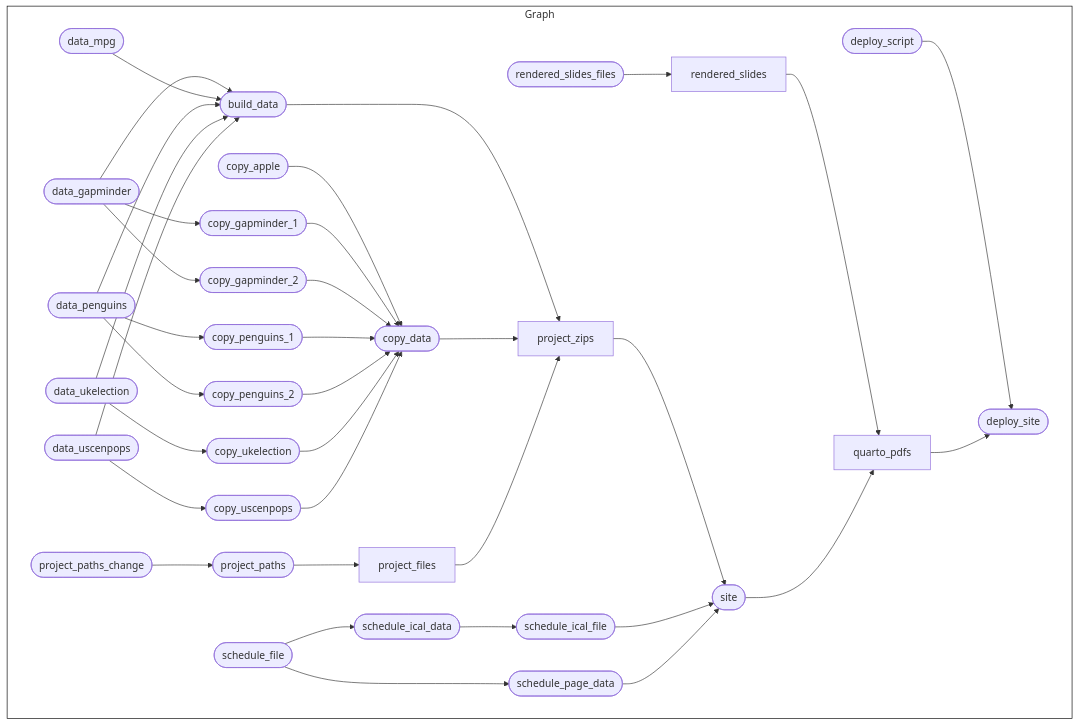
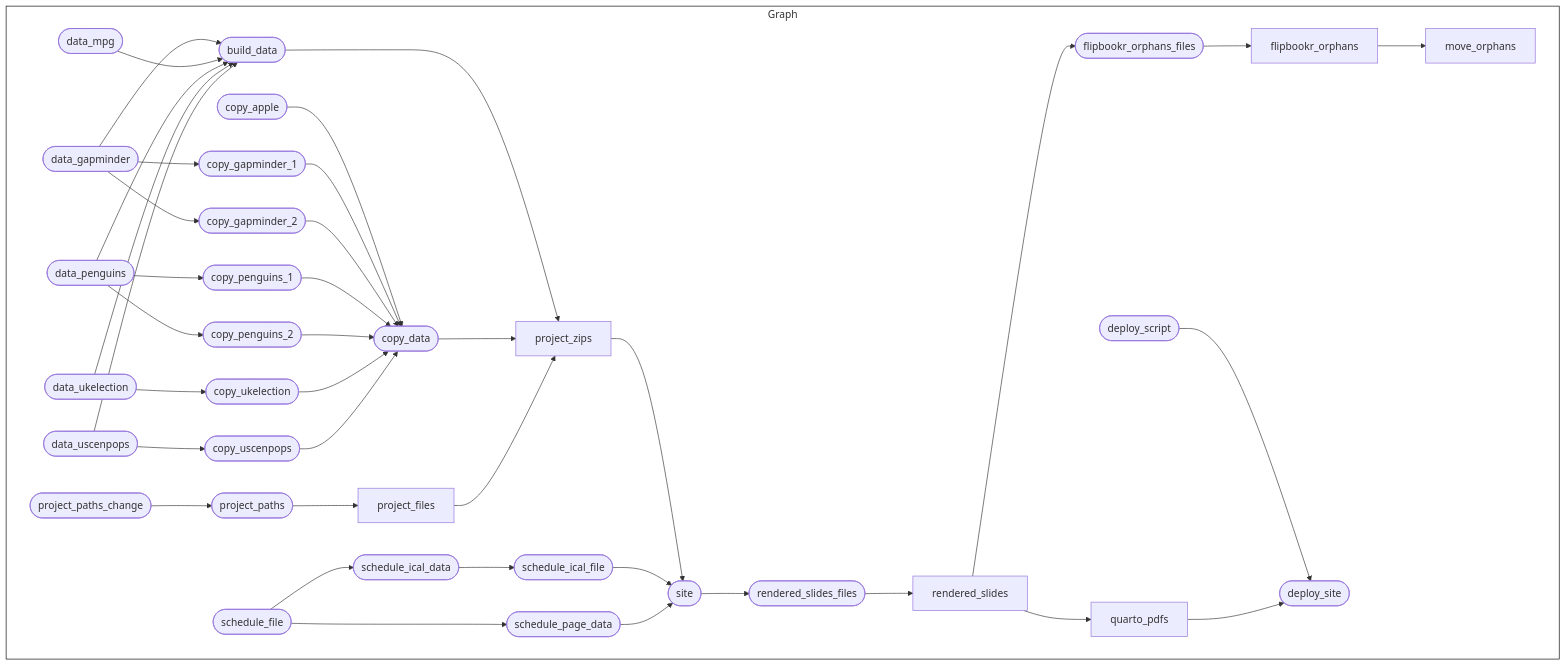
Before and after one commit to kjhealy/vsd: the diagram in README.md, drawn with Mermaid.

````diff
--- a/README.md
+++ b/README.md
@@ -26,41 +26,44 @@
 ``` mermaid
 graph LR
   style Graph fill:#FFFFFF00,stroke:#000000;
   subgraph Graph
     direction LR
-    x2eefacb16aa347d9(["data_ukelection"]):::skipped --> x9cc68041722e9d3c(["copy_ukelection"]):::skipped
-    x9c20b8c56debbe9a(["deploy_script"]):::skipped --> x78f3e0b711425f1c(["deploy_site"]):::skipped
-    x6e713768fe05f8d1["quarto_pdfs"]:::built --> x78f3e0b711425f1c(["deploy_site"]):::skipped
+    xa3d8306cecf136f4(["data_penguins"]):::skipped --> xda4c206f717d9055(["copy_penguins_2"]):::skipped
     x8288901d8e9e8d55(["data_gapminder"]):::skipped --> xa4a8dd78d5a40779(["copy_gapminder_1"]):::skipped
+    x8288901d8e9e8d55(["data_gapminder"]):::skipped --> xd72dc1eb9f3c29fa(["copy_gapminder_2"]):::skipped
+    xb941f25d1f6cbb8b(["flipbookr_orphans_files"]):::built --> x166c32f35f62fc2a["flipbookr_orphans"]:::skipped
+    x7aa56383a054e8ba(["site"]):::built --> x0d47bc58bf5ef066(["rendered_slides_files"]):::built
     xb453b5ae08dcaee7(["build_data"]):::skipped --> x1917c787a0a4a0fd["project_zips"]:::skipped
     x41092a7251862a9e(["copy_data"]):::skipped --> x1917c787a0a4a0fd["project_zips"]:::skipped
     x7a8b235bff1bfb75["project_files"]:::skipped --> x1917c787a0a4a0fd["project_zips"]:::skipped
-    x8288901d8e9e8d55(["data_gapminder"]):::skipped --> xd72dc1eb9f3c29fa(["copy_gapminder_2"]):::skipped
-    x0d47bc58bf5ef066(["rendered_slides_files"]):::built --> xf88b542822cde7c4["rendered_slides"]:::skipped
-    x1917c787a0a4a0fd["project_zips"]:::skipped --> x7aa56383a054e8ba(["site"]):::built
-    x4d31f5a49d5ae49f(["schedule_ical_file"]):::skipped --> x7aa56383a054e8ba(["site"]):::built
-    x063edd335cc1b36f(["schedule_page_data"]):::skipped --> x7aa56383a054e8ba(["site"]):::built
-    x35552a73efe9c59f(["schedule_ical_data"]):::skipped --> x4d31f5a49d5ae49f(["schedule_ical_file"]):::skipped
-    xdf832f8e1f99baf2(["schedule_file"]):::skipped --> x063edd335cc1b36f(["schedule_page_data"]):::skipped
-    x8288901d8e9e8d55(["data_gapminder"]):::skipped --> xb453b5ae08dcaee7(["build_data"]):::skipped
-    x182180f03bcfc8dc(["data_mpg"]):::skipped --> xb453b5ae08dcaee7(["build_data"]):::skipped
-    xa3d8306cecf136f4(["data_penguins"]):::skipped --> xb453b5ae08dcaee7(["build_data"]):::skipped
-    x2eefacb16aa347d9(["data_ukelection"]):::skipped --> xb453b5ae08dcaee7(["build_data"]):::skipped
-    xeaf4f7bf10c16d9f(["data_uscenpops"]):::skipped --> xb453b5ae08dcaee7(["build_data"]):::skipped
-    xb4844be3dca7f02b(["project_paths"]):::built --> x7a8b235bff1bfb75["project_files"]:::skipped
+    x2eefacb16aa347d9(["data_ukelection"]):::skipped --> x9cc68041722e9d3c(["copy_ukelection"]):::skipped
+    xf88b542822cde7c4["rendered_slides"]:::skipped --> x6e713768fe05f8d1["quarto_pdfs"]:::built
+    xdf832f8e1f99baf2(["schedule_file"]):::skipped --> x35552a73efe9c59f(["schedule_ical_data"]):::skipped
+    xeaf4f7bf10c16d9f(["data_uscenpops"]):::skipped --> xd8c4ca61f745e89a(["copy_uscenpops"]):::skipped
+    x9c20b8c56debbe9a(["deploy_script"]):::skipped --> x78f3e0b711425f1c(["deploy_site"]):::built
+    x6e713768fe05f8d1["quarto_pdfs"]:::built --> x78f3e0b711425f1c(["deploy_site"]):::built
+    x166c32f35f62fc2a["flipbookr_orphans"]:::skipped --> x288604413713fa92["move_orphans"]:::built
     x8f8d91dfd2b7ce09(["copy_apple"]):::skipped --> x41092a7251862a9e(["copy_data"]):::skipped
     xa4a8dd78d5a40779(["copy_gapminder_1"]):::skipped --> x41092a7251862a9e(["copy_data"]):::skipped
     xd72dc1eb9f3c29fa(["copy_gapminder_2"]):::skipped --> x41092a7251862a9e(["copy_data"]):::skipped
     xd7b98308373143d5(["copy_penguins_1"]):::skipped --> x41092a7251862a9e(["copy_data"]):::skipped
     xda4c206f717d9055(["copy_penguins_2"]):::skipped --> x41092a7251862a9e(["copy_data"]):::skipped
     x9cc68041722e9d3c(["copy_ukelection"]):::skipped --> x41092a7251862a9e(["copy_data"]):::skipped
     xd8c4ca61f745e89a(["copy_uscenpops"]):::skipped --> x41092a7251862a9e(["copy_data"]):::skipped
+    x0d47bc58bf5ef066(["rendered_slides_files"]):::built --> xf88b542822cde7c4["rendered_slides"]:::skipped
+    xb4844be3dca7f02b(["project_paths"]):::built --> x7a8b235bff1bfb75["project_files"]:::skipped
+    xdf832f8e1f99baf2(["schedule_file"]):::skipped --> x063edd335cc1b36f(["schedule_page_data"]):::skipped
+    x1917c787a0a4a0fd["project_zips"]:::skipped --> x7aa56383a054e8ba(["site"]):::built
+    x4d31f5a49d5ae49f(["schedule_ical_file"]):::skipped --> x7aa56383a054e8ba(["site"]):::built
+    x063edd335cc1b36f(["schedule_page_data"]):::skipped --> x7aa56383a054e8ba(["site"]):::built
     xa48826fcb4dc2e34(["project_paths_change"]):::built --> xb4844be3dca7f02b(["project_paths"]):::built
-    xdf832f8e1f99baf2(["schedule_file"]):::skipped --> x35552a73efe9c59f(["schedule_ical_data"]):::skipped
+    x35552a73efe9c59f(["schedule_ical_data"]):::skipped --> x4d31f5a49d5ae49f(["schedule_ical_file"]):::skipped
+    xf88b542822cde7c4["rendered_slides"]:::skipped --> xb941f25d1f6cbb8b(["flipbookr_orphans_files"]):::built
+    x8288901d8e9e8d55(["data_gapminder"]):::skipped --> xb453b5ae08dcaee7(["build_data"]):::skipped
+    x182180f03bcfc8dc(["data_mpg"]):::skipped --> xb453b5ae08dcaee7(["build_data"]):::skipped
+    xa3d8306cecf136f4(["data_penguins"]):::skipped --> xb453b5ae08dcaee7(["build_data"]):::skipped
+    x2eefacb16aa347d9(["data_ukelection"]):::skipped --> xb453b5ae08dcaee7(["build_data"]):::skipped
+    xeaf4f7bf10c16d9f(["data_uscenpops"]):::skipped --> xb453b5ae08dcaee7(["build_data"]):::skipped
     xa3d8306cecf136f4(["data_penguins"]):::skipped --> xd7b98308373143d5(["copy_penguins_1"]):::skipped
-    xa3d8306cecf136f4(["data_penguins"]):::skipped --> xda4c206f717d9055(["copy_penguins_2"]):::skipped
-    xeaf4f7bf10c16d9f(["data_uscenpops"]):::skipped --> xd8c4ca61f745e89a(["copy_uscenpops"]):::skipped
-    xf88b542822cde7c4["rendered_slides"]:::skipped --> x6e713768fe05f8d1["quarto_pdfs"]:::built
-    x7aa56383a054e8ba(["site"]):::built --> x6e713768fe05f8d1["quarto_pdfs"]:::built
   end
 ```
````
